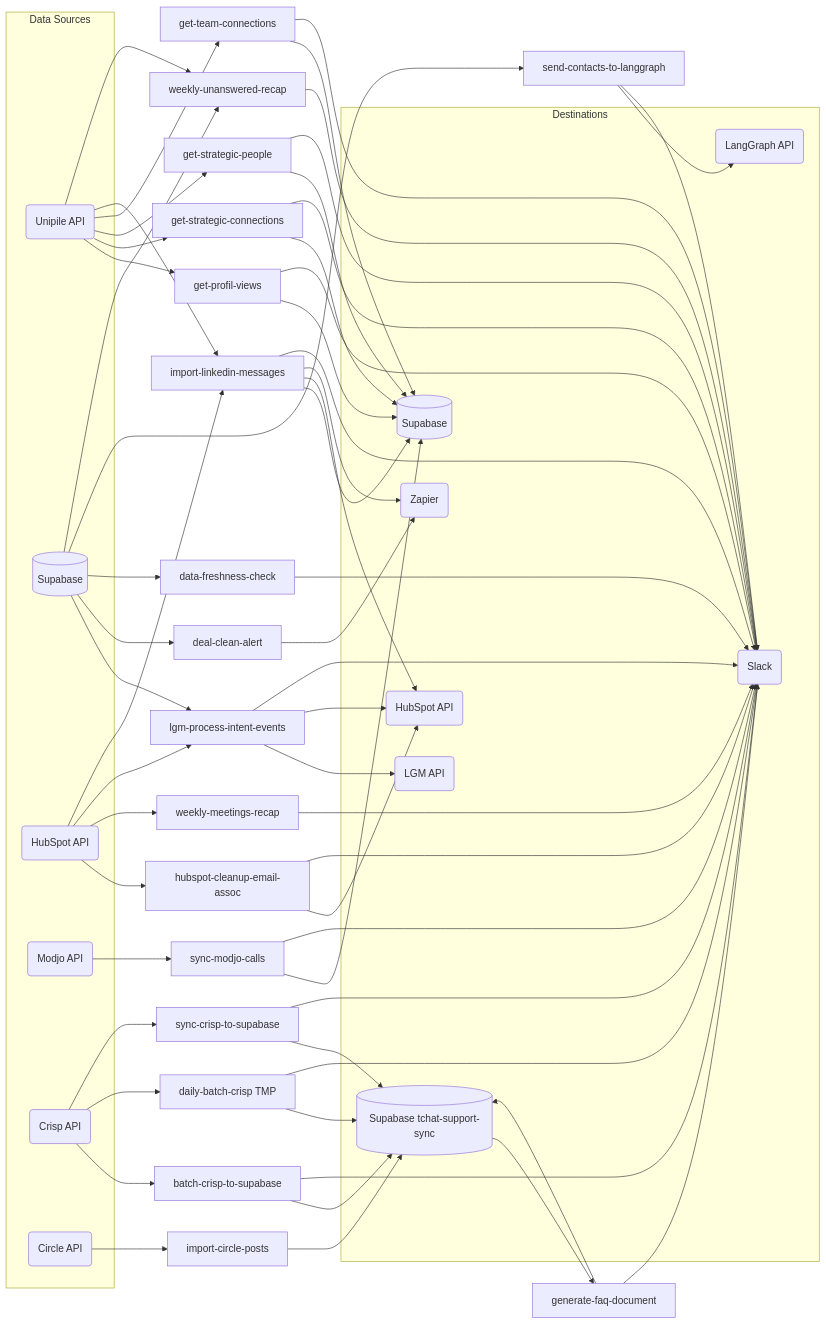
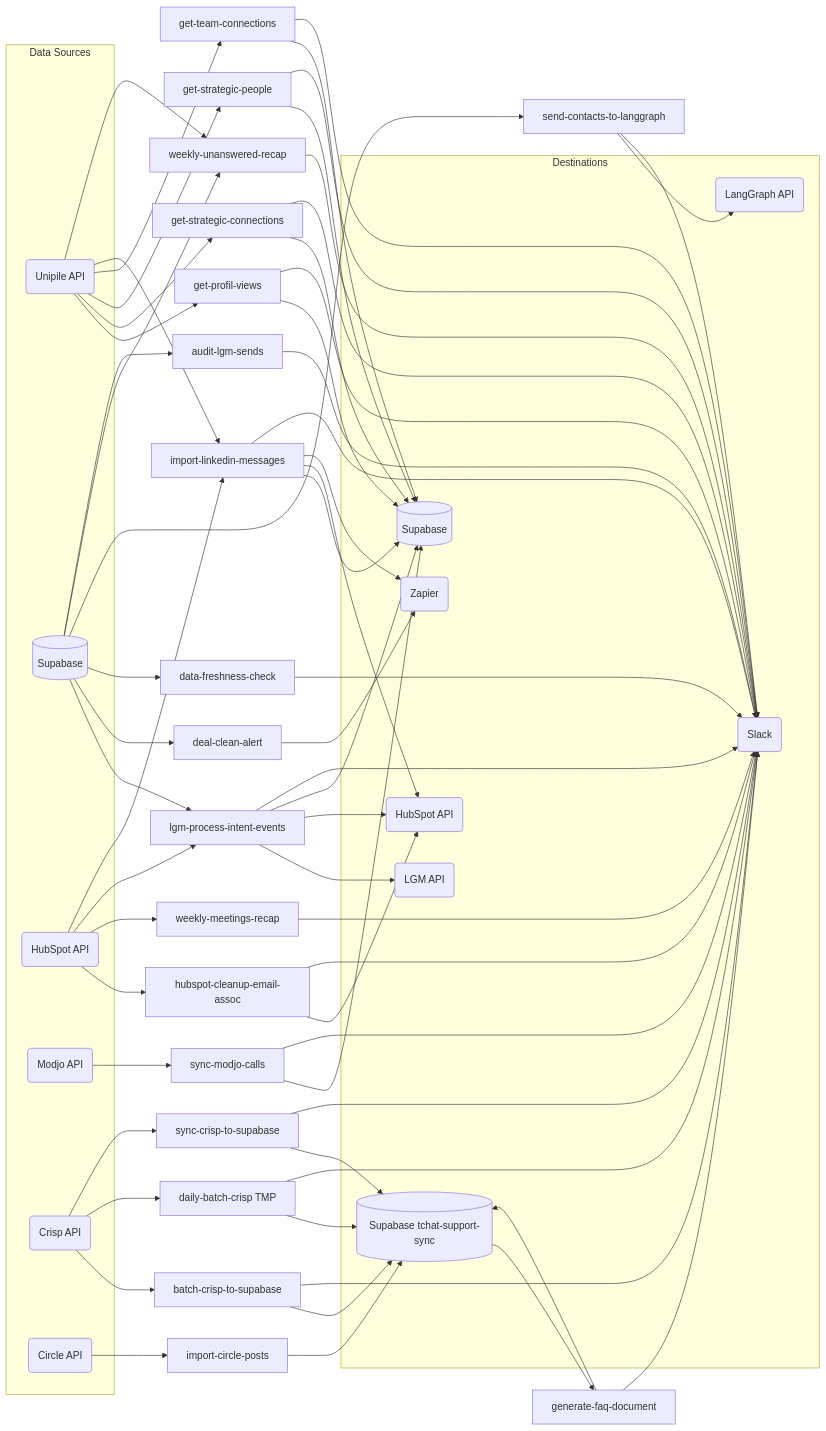
One commit to AirSaas/linkedin-scrapp changed the first of 21 diagrams in CLAUDE.md. Above: the diagram before and after it, drawn with Mermaid. The commit also changed other lines of this file and 2 other files, not shown here.

First line of the commit message:
Add lgm_send_log audit table + weekly audit task

````diff
--- a/CLAUDE.md
+++ b/CLAUDE.md
@@ -54,50 +55,52 @@
 ```mermaid
 flowchart LR
     subgraph src ["Data Sources"]
         UN(Unipile API)
         SB[(Supabase)]
         HS_I(HubSpot API)
         MJ(Modjo API)
         CR(Crisp API)
         CI(Circle API)
     end
 
     subgraph dst ["Destinations"]
         LGM_O(LGM API)
         HS_O(HubSpot API)
         SB_O[(Supabase)]
         SB_CR[(Supabase tchat-support-sync)]
         SL(Slack)
         ZP(Zapier)
         LG(LangGraph API)
     end
 
     UN --> GPV[get-profil-views] & GSC[get-strategic-connections] & GSP[get-strategic-people] & GTC[get-team-connections] & ILM[import-linkedin-messages]
     SB --> LPI[lgm-process-intent-events] & DCA[deal-clean-alert] & DFC[data-freshness-check] & SCL[send-contacts-to-langgraph]
     HS_I --> HCE[hubspot-cleanup-email-assoc] & WMR[weekly-meetings-recap] & LPI & ILM
     MJ --> SMC[sync-modjo-calls]
     CR --> BCS[batch-crisp-to-supabase] & DBCS[daily-batch-crisp TMP] & SCS[sync-crisp-to-supabase]
     SB --> WUR[weekly-unanswered-recap]
     UN --> WUR
 
     GPV --> SB_O & SL
     GSC --> SB_O & SL
     GSP --> SB_O & SL
     GTC --> SB_O & SL
-    LPI --> LGM_O & HS_O & SL
+    LPI --> LGM_O & HS_O & SB_O & SL
+    SB --> ALS[audit-lgm-sends]
+    ALS --> SL
     HCE --> HS_O & SL
     ILM --> SB_O & HS_O & ZP & SL
     WMR --> SL
     DCA --> ZP
     DFC --> SL
     SMC --> SB_O & SL
     SCL --> LG & SL
     BCS --> SB_CR & SL
     DBCS --> SB_CR & SL
     SCS --> SB_CR & SL
     CI --> ICP[import-circle-posts]
     ICP --> SB_CR
     SB_CR --> GFD[generate-faq-document]
     GFD --> SB_CR & SL
     WUR --> SL
 ```
````
